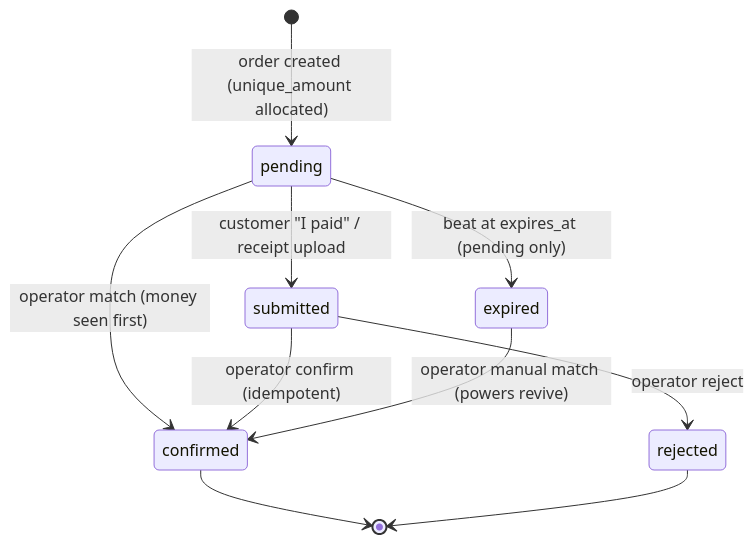
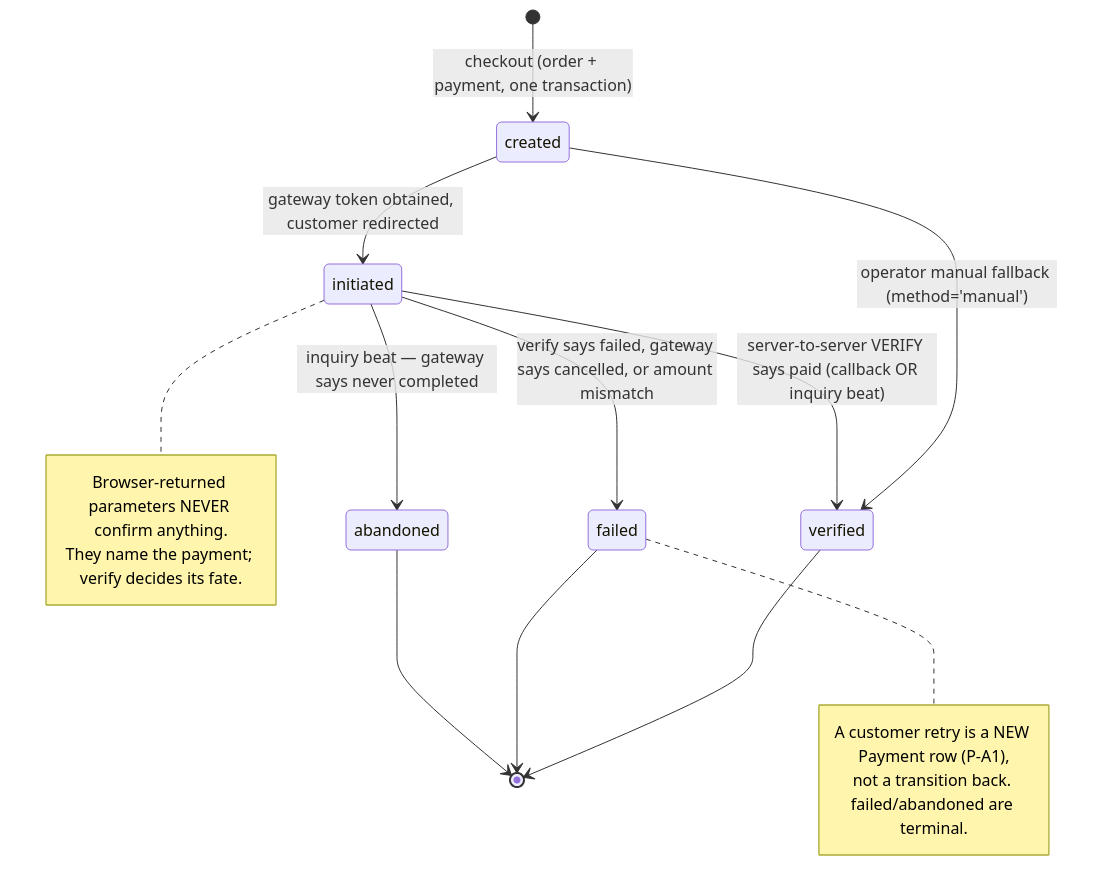
The second of 2 diagrams in docs/state-machine.md (Sina-Amare/premshop), drawn with Mermaid before and after one commit. The commit also changed other lines of this file and 18 other files, not shown here.

````diff
--- a/docs/state-machine.md
+++ b/docs/state-machine.md
@@ -110,12 +119,24 @@
 ```mermaid
 stateDiagram-v2
-    [*] --> pending: order created (unique_amount allocated)
-    pending --> submitted: customer "I paid" / receipt upload
-    pending --> confirmed: operator match (money seen first)
-    submitted --> confirmed: operator confirm (idempotent)
-    submitted --> rejected: operator reject
-    pending --> expired: beat at expires_at (pending only)
-    expired --> confirmed: operator manual match (powers revive)
-    confirmed --> [*]
-    rejected --> [*]
+    [*] --> created: checkout (order + payment, one transaction)
+
+    created --> initiated: gateway token obtained, customer redirected
+    created --> verified: operator manual fallback (method='manual')
+
+    initiated --> verified: server-to-server VERIFY says paid (callback OR inquiry beat)
+    initiated --> failed: verify says failed, gateway says cancelled, or amount mismatch
+    initiated --> abandoned: inquiry beat — gateway says never completed
+
+    verified --> [*]
+    failed --> [*]
+    abandoned --> [*]
+
+    note right of initiated
+        Browser-returned parameters NEVER confirm anything.
+        They name the payment; verify decides its fate.
+    end note
+    note right of failed
+        A customer retry is a NEW Payment row (P-A1),
+        not a transition back. failed/abandoned are terminal.
+    end note
 ```
````
